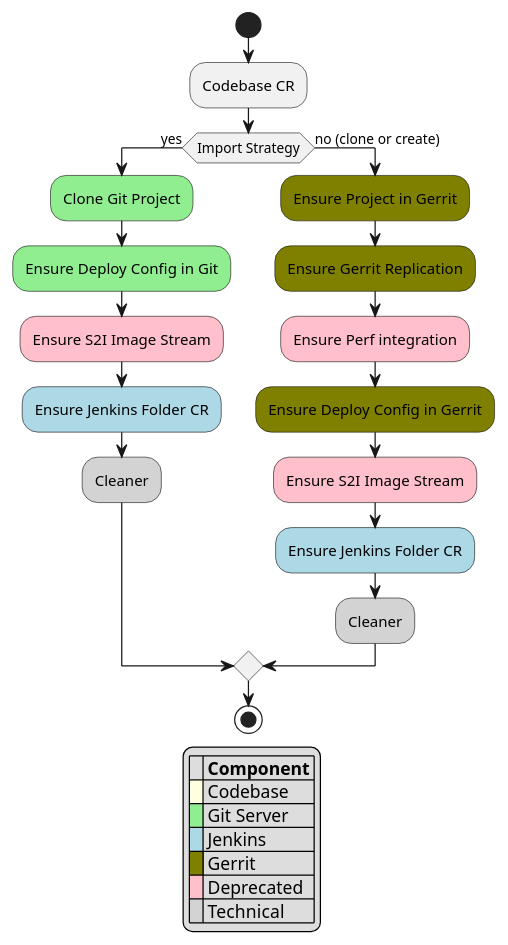
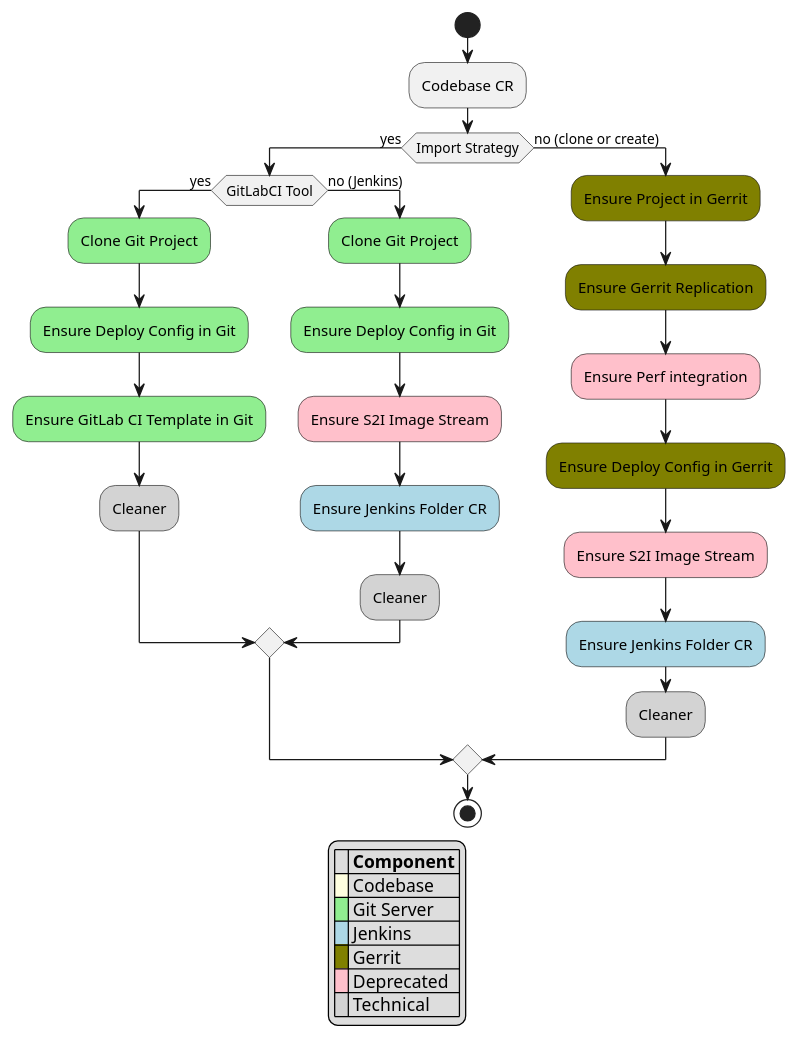
One commit to epam/edp-codebase-operator changed the diagram in documentation/puml/codebase_chain.puml. Above: the diagram before and after it, drawn with PlantUML. The commit also changed 4 other files, not shown here.

Commit message:
[EPMDEDP-5559]: Add new API to arch diagram; Update doc

```diff
--- a/documentation/puml/codebase_chain.puml
+++ b/documentation/puml/codebase_chain.puml
@@ -1,30 +1,37 @@
 @startuml
 start
 :Codebase CR;
 if (Import Strategy) then (yes)
-    #lightgreen:Clone Git Project;
-    #lightgreen:Ensure Deploy Config in Git;
-    #pink:Ensure S2I Image Stream;
-    #lightblue:Ensure Jenkins Folder CR;
-    #lightgrey:Cleaner;
+    if (GitLabCI Tool) then (yes)
+        #lightgreen:Clone Git Project;
+        #lightgreen:Ensure Deploy Config in Git;
+        #lightgreen:Ensure GitLab CI Template in Git;
+        #lightgrey:Cleaner;
+    else (no (Jenkins))
+        #lightgreen:Clone Git Project;
+        #lightgreen:Ensure Deploy Config in Git;
+        #pink:Ensure S2I Image Stream;
+        #lightblue:Ensure Jenkins Folder CR;
+        #lightgrey:Cleaner;
+    endif
 else (no (clone or create))
     #olive:Ensure Project in Gerrit;
     #olive:Ensure Gerrit Replication;
     #pink:Ensure Perf integration;
     #olive:Ensure Deploy Config in Gerrit;
     #pink:Ensure S2I Image Stream;
     #lightblue:Ensure Jenkins Folder CR;
     #lightgrey:Cleaner;
 endif
 stop
 
 legend
 |= |= Component |
 |<back:#lightyellow>   </back>| Codebase |
 |<back:#lightgreen>   </back>| Git Server |
 |<back:#lightblue>   </back>| Jenkins |
 |<back:#olive>   </back>| Gerrit |
 |<back:#pink>   </back>| Deprecated |
 |<back:#lightgrey>   </back>| Technical  |
 endlegend
 @enduml
```
